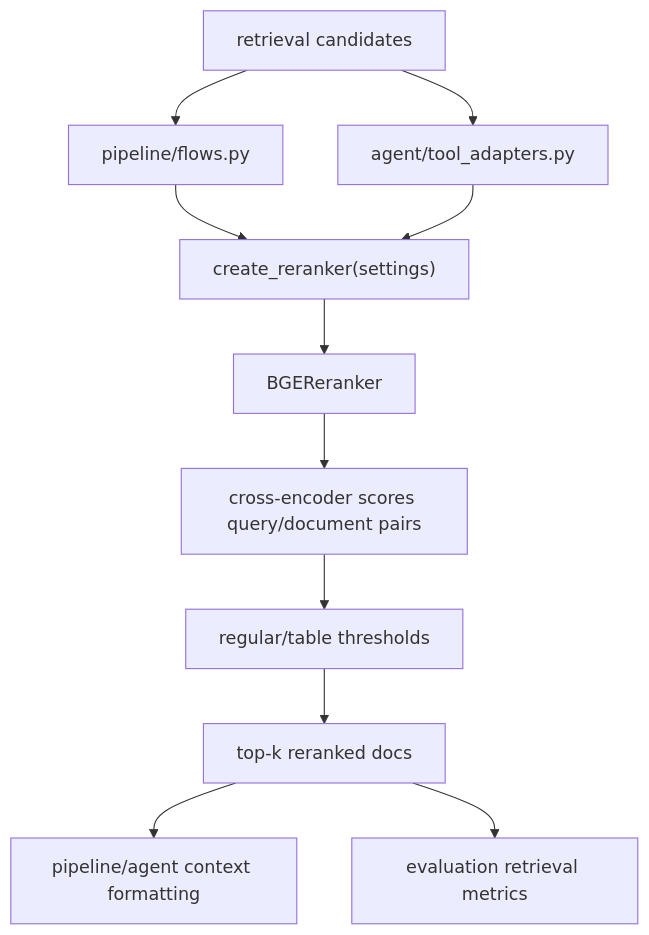
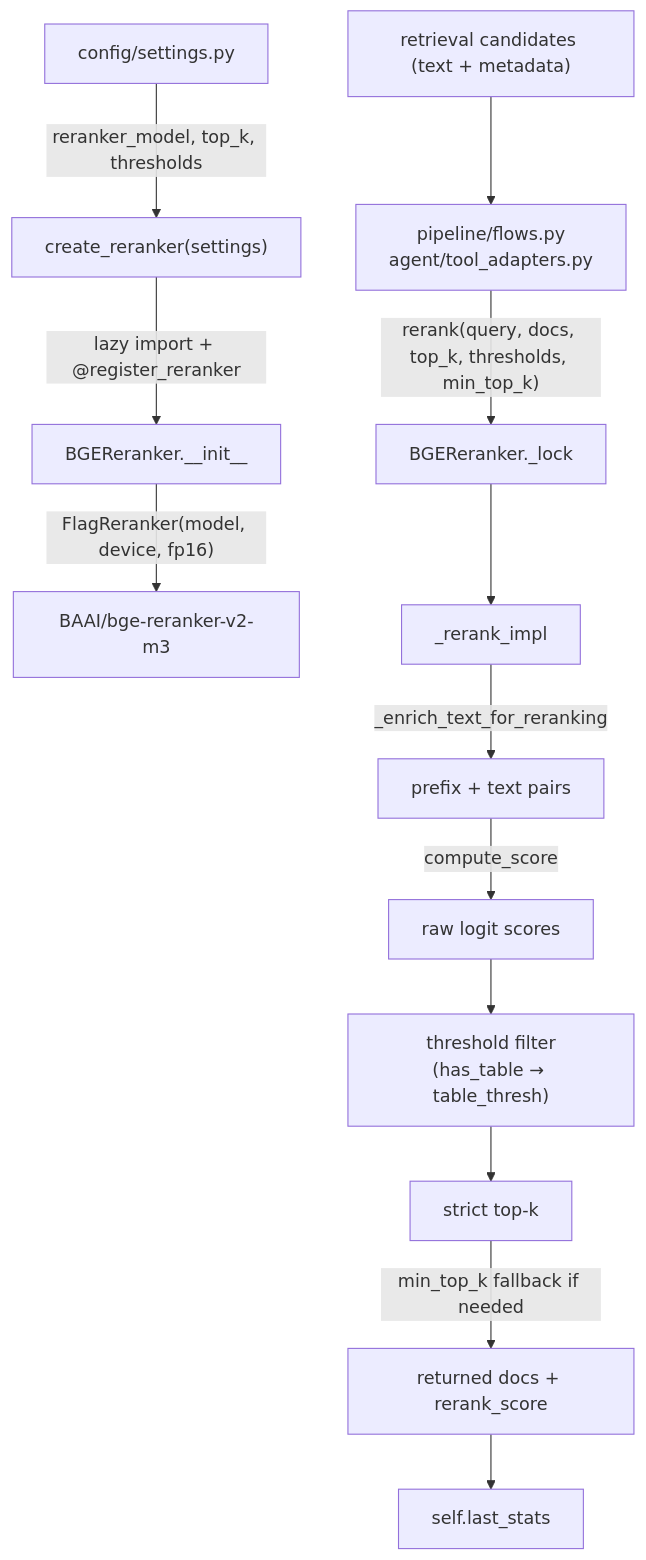
The diagram in src/RAG_v2/reranking/MODULE.md (hoainam183/GR), drawn with Mermaid before and after one commit. The commit also changed other lines of this file and 38 other files, not shown here.

````diff
--- a/src/RAG_v2/reranking/MODULE.md
+++ b/src/RAG_v2/reranking/MODULE.md
@@ -67,13 +173,16 @@
 ```mermaid
 flowchart TD
-  Candidates["retrieval candidates"] --> Pipeline["pipeline/flows.py"]
-  Candidates --> Agent["agent/tool_adapters.py"]
-  Pipeline --> Factory["create_reranker(settings)"]
-  Agent --> Factory
-  Factory --> BGE["BGEReranker"]
-  BGE --> Score["cross-encoder scores query/document pairs"]
-  Score --> Threshold["regular/table thresholds"]
-  Threshold --> TopK["top-k reranked docs"]
-  TopK --> Context["pipeline/agent context formatting"]
-  TopK --> Eval["evaluation retrieval metrics"]
+  Settings["config/settings.py"] -->|"reranker_model, top_k, thresholds"| Factory["create_reranker(settings)"]
+  Factory -->|"lazy import + @register_reranker"| BGE["BGEReranker.__init__"]
+  BGE -->|"FlagReranker(model, device, fp16)"| Model["BAAI/bge-reranker-v2-m3"]
+
+  Candidates["retrieval candidates (text + metadata)"] --> FlowSite["pipeline/flows.py\nagent/tool_adapters.py"]
+  FlowSite -->|"rerank(query, docs, top_k, thresholds, min_top_k)"| Lock["BGEReranker._lock"]
+  Lock --> Impl["_rerank_impl"]
+  Impl -->|"_enrich_text_for_reranking"| Enriched["prefix + text pairs"]
+  Enriched -->|"compute_score"| Scores["raw logit scores"]
+  Scores --> Filter["threshold filter\n(has_table → table_thresh)"]
+  Filter --> TopK["strict top-k"]
+  TopK -->|"min_top_k fallback if needed"| Final["returned docs + rerank_score"]
+  Final --> LastStats["self.last_stats"]
 ```
````
